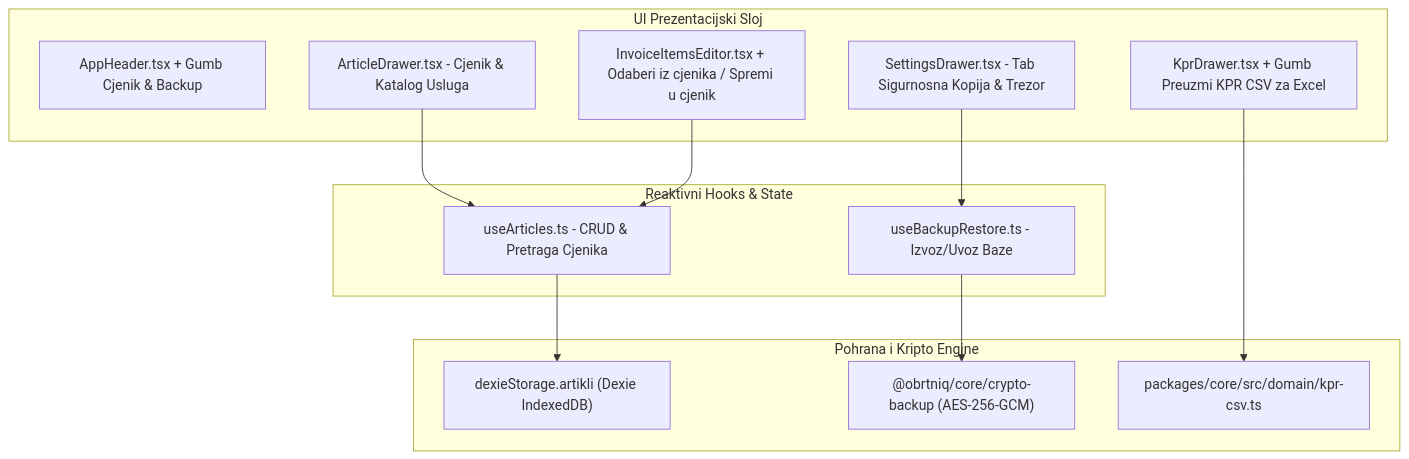
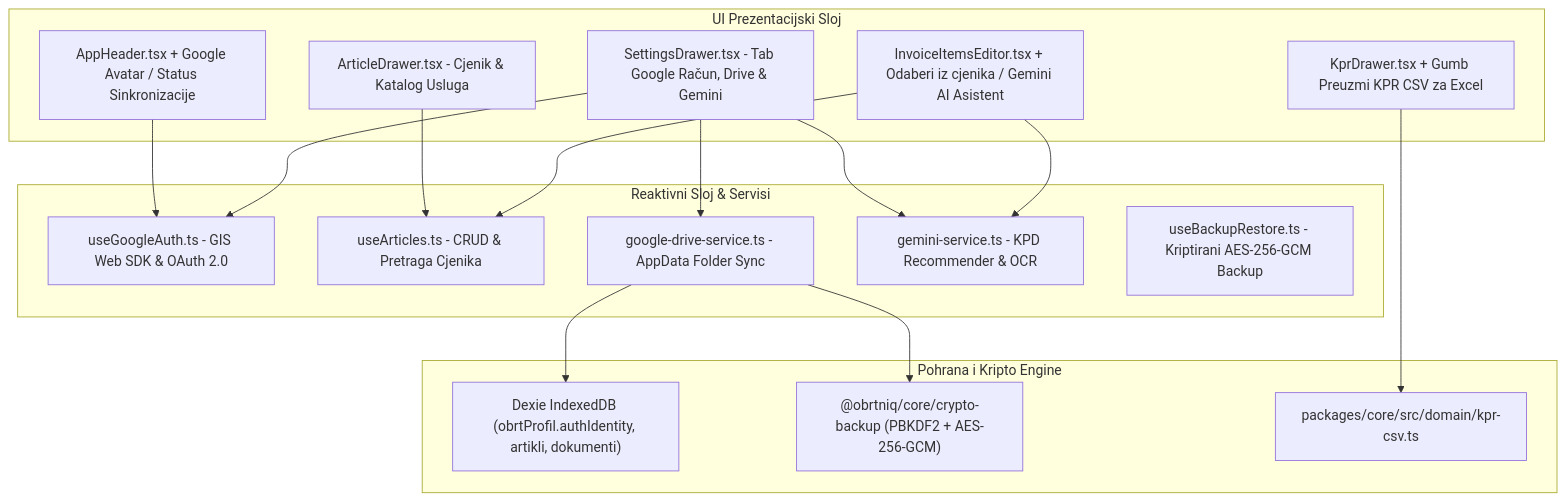
Before and after one commit to matise/ObrtnIQ: the diagram in docs/plan_implementacije_faza_9.md, drawn with Mermaid. The commit also changed other lines of this file, not shown here.

Commit message:
docs: nadopunjen plan faze 9 s Google Identity, Drive AppData sync, Gemini AI i cjenikom

````diff
--- a/docs/plan_implementacije_faza_9.md
+++ b/docs/plan_implementacije_faza_9.md
@@ -30,28 +42,35 @@
 ```mermaid
 graph TD
     subgraph UI_Sloj ["UI Prezentacijski Sloj"]
-        Header[AppHeader.tsx + Gumb Cjenik & Backup]
+        Header[AppHeader.tsx + Google Avatar / Status Sinkronizacije]
         ArticleDrawer[ArticleDrawer.tsx - Cjenik & Katalog Usluga]
-        ItemsEditor[InvoiceItemsEditor.tsx + Odaberi iz cjenika / Spremi u cjenik]
-        SettingsBackup[SettingsDrawer.tsx - Tab Sigurnosna Kopija & Trezor]
+        ItemsEditor[InvoiceItemsEditor.tsx + Odaberi iz cjenika / Gemini AI Asistent]
+        SettingsAuth[SettingsDrawer.tsx - Tab Google Račun, Drive & Gemini]
         KprExport[KprDrawer.tsx + Gumb Preuzmi KPR CSV za Excel]
     end
 
-    subgraph Hooks_Sloj ["Reaktivni Hooks & State"]
+    subgraph Hooks_Services ["Reaktivni Sloj & Servisi"]
+        useGoogleAuth[useGoogleAuth.ts - GIS Web SDK & OAuth 2.0]
         useArticles[useArticles.ts - CRUD & Pretraga Cjenika]
-        useBackup[useBackupRestore.ts - Izvoz/Uvoz Baze]
+        driveService[google-drive-service.ts - AppData Folder Sync]
+        geminiService[gemini-service.ts - KPD Recommender & OCR]
+        useBackup[useBackupRestore.ts - Kriptirani AES-256-GCM Backup]
     end
 
     subgraph Core_Storage ["Pohrana i Kripto Engine"]
-        DexieArtikli["dexieStorage.artikli (Dexie IndexedDB)"]
-        CryptoCore["@obrtniq/core/crypto-backup (AES-256-GCM)"]
+        DexieDB["Dexie IndexedDB (obrtProfil.authIdentity, artikli, dokumenti)"]
+        CryptoCore["@obrtniq/core/crypto-backup (PBKDF2 + AES-256-GCM)"]
         CsvExporter["packages/core/src/domain/kpr-csv.ts"]
     end
 
+    Header --> useGoogleAuth
+    SettingsAuth --> useGoogleAuth
+    SettingsAuth --> driveService
+    SettingsAuth --> geminiService
+    driveService --> CryptoCore
+    driveService --> DexieDB
     ArticleDrawer --> useArticles
     ItemsEditor --> useArticles
-    useArticles --> DexieArtikli
-    SettingsBackup --> useBackup
-    useBackup --> CryptoCore
+    ItemsEditor --> geminiService
     KprExport --> CsvExporter
 ```
````
